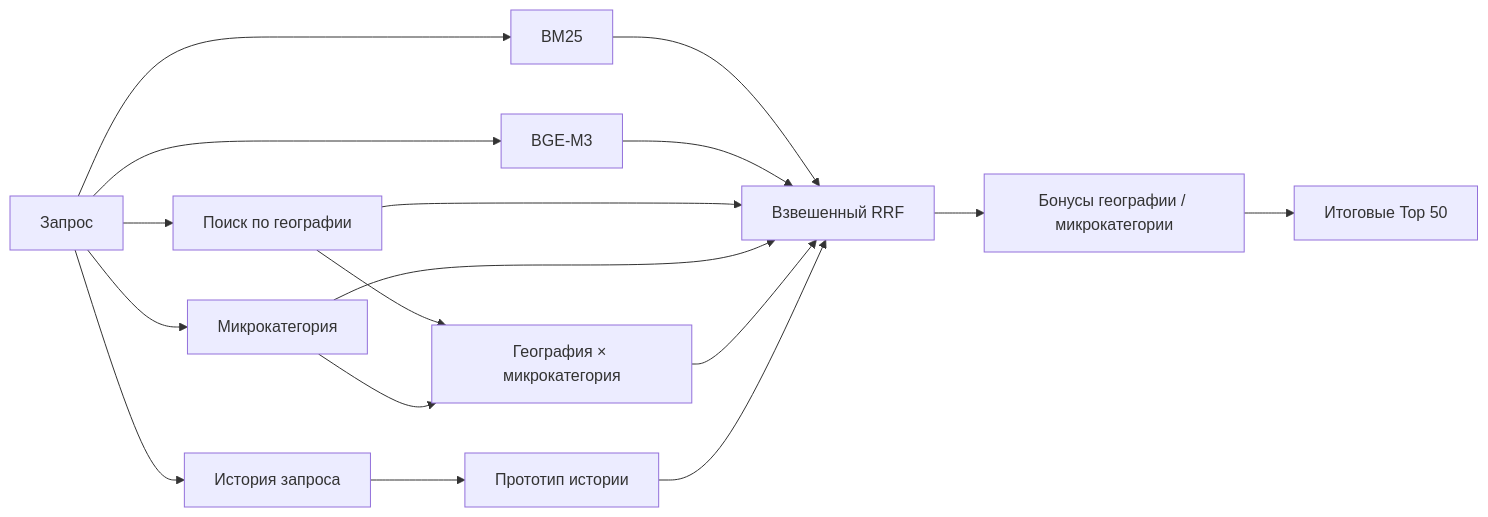
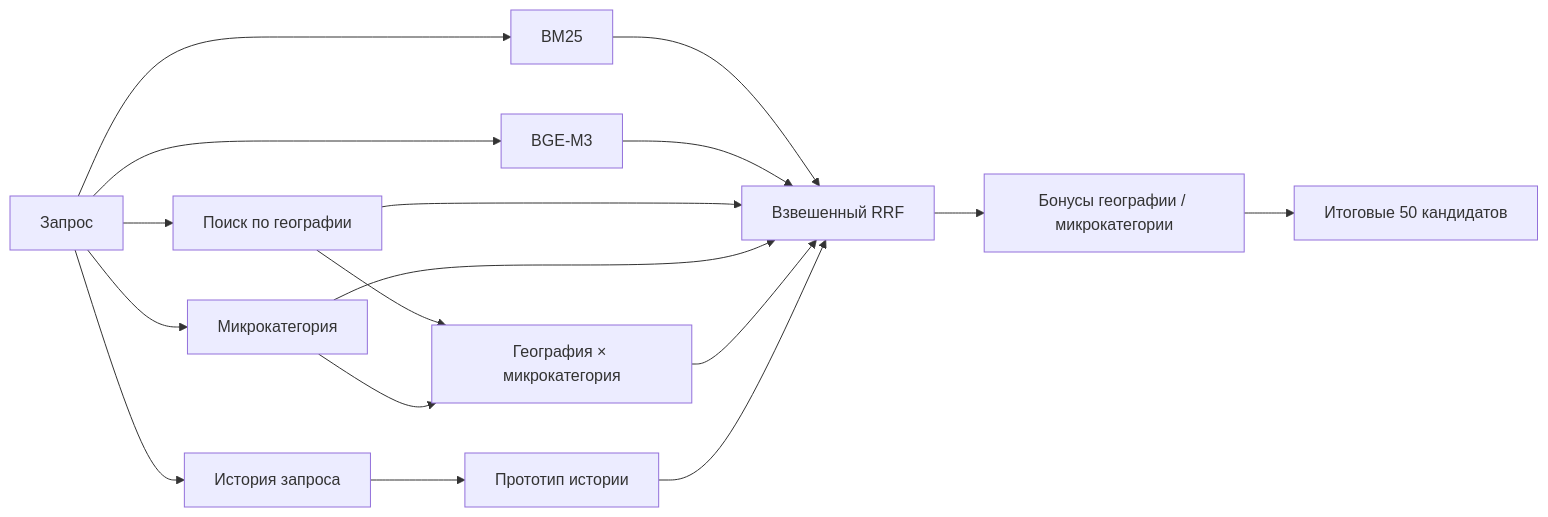
The diagram in README.md (Davidkaaa33/avito-ds-bootcamp-2026-solution), drawn with Mermaid before and after one commit. The commit also changed other lines of this file, not shown here.

````diff
--- a/README.md
+++ b/README.md
@@ -39,22 +39,22 @@
 ```mermaid
 flowchart LR
     Q[Запрос] --> BM[BM25]
     Q --> BG[BGE-M3]
     Q --> GEO[Поиск по географии]
     Q --> MC[Микрокатегория]
     Q --> H[История запроса]
 
     GEO --> JOINT[География × микрокатегория]
     MC --> JOINT
     H --> HP[Прототип истории]
 
     BM --> RRF[Взвешенный RRF]
     BG --> RRF
     GEO --> RRF
     MC --> RRF
     JOINT --> RRF
     HP --> RRF
 
     RRF --> BONUS[Бонусы географии / микрокатегории]
-    BONUS --> TOP[Итоговые Top 50]
+    BONUS --> TOP[Итоговые 50 кандидатов]
 ```
````
